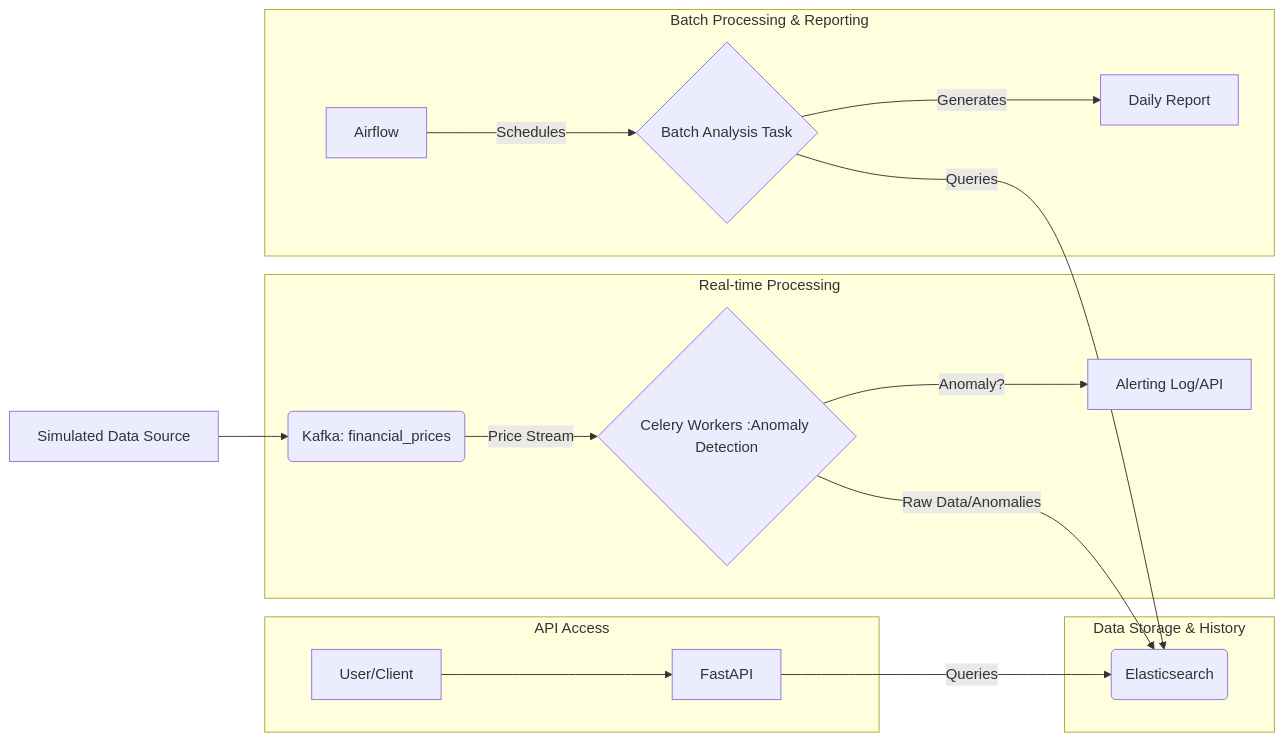
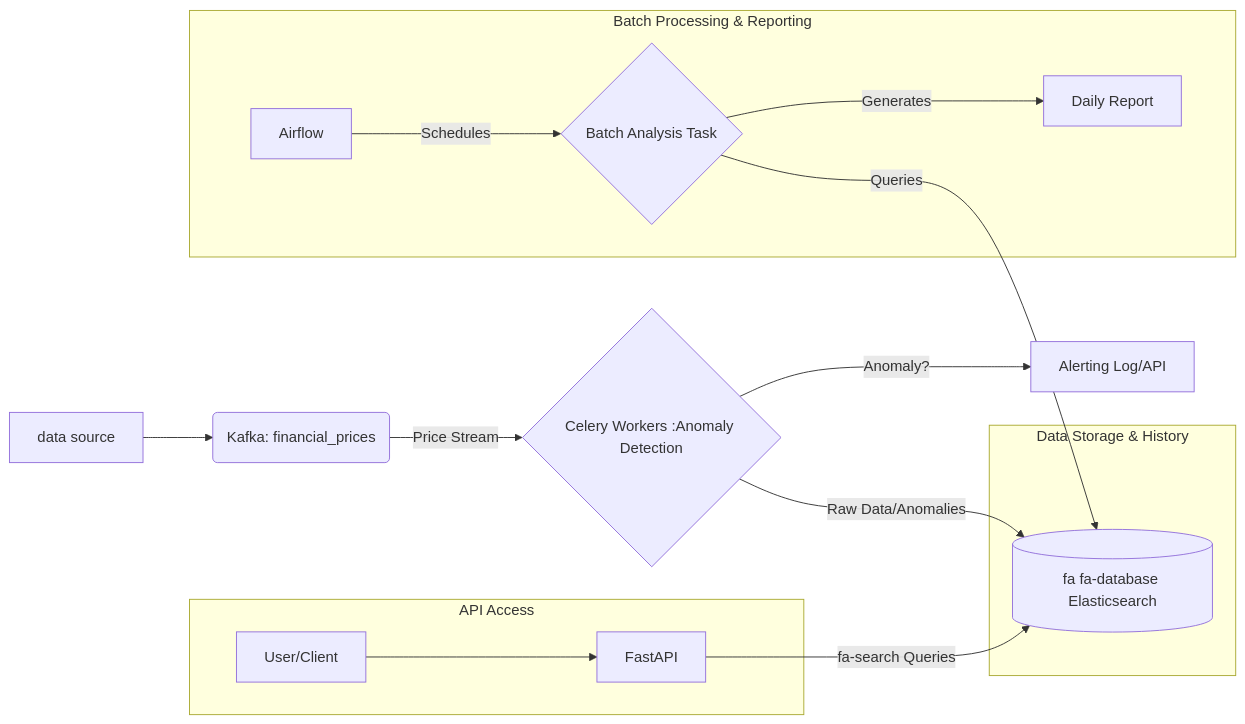
Before and after one commit to Jounaidayoub/finance: the diagram in README.md, drawn with Mermaid.

Commit message:
Added the mermaid diagram

````diff
--- a/README.md
+++ b/README.md
@@ -11,28 +11,30 @@
 ```mermaid
 graph LR
-    A[Simulated Data Source] --> B(Kafka: financial_prices);
+    A[data source] --> B(Kafka: financial_prices);
     B -- Price Stream --> C{Celery Workers :Anomaly Detection};
     C -- Anomaly? --> D[Alerting Log/API];
-    C -- Raw Data/Anomalies --> E(Elasticsearch);
+    C -- Raw Data/Anomalies --> E[("fa fa-database Elasticsearch")];
     F[Airflow] -- Schedules --> G{Batch Analysis Task <DAG>};
     G -- Queries --> E;
     G -- Generates --> H[Daily Report];
-    I[FastAPI] -- Queries --> E;
+    I[FastAPI] -- "fa-search Queries" --> E;
     J[User/Client] --> I;
 
-    subgraph Real-time Processing
-        B; C; D;
-    end
+  
+
+    %% subgraph Real-time Processing
+    %%     B; C; D;
+    %% end
 
     subgraph Data Storage & History
         E;
     end
 
     subgraph Batch Processing & Reporting
         F; G; H;
     end
 
     subgraph API Access
         I; J;
     end
 ```
````
